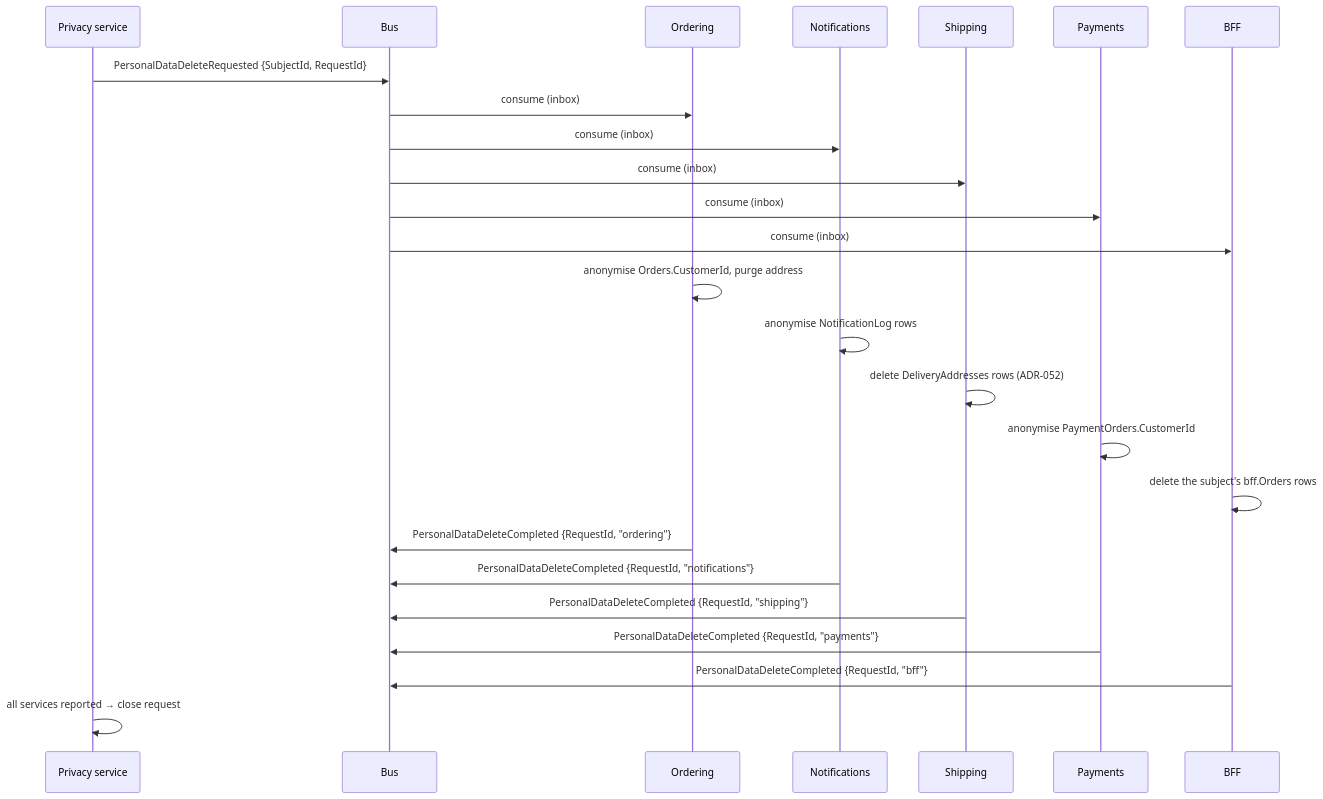
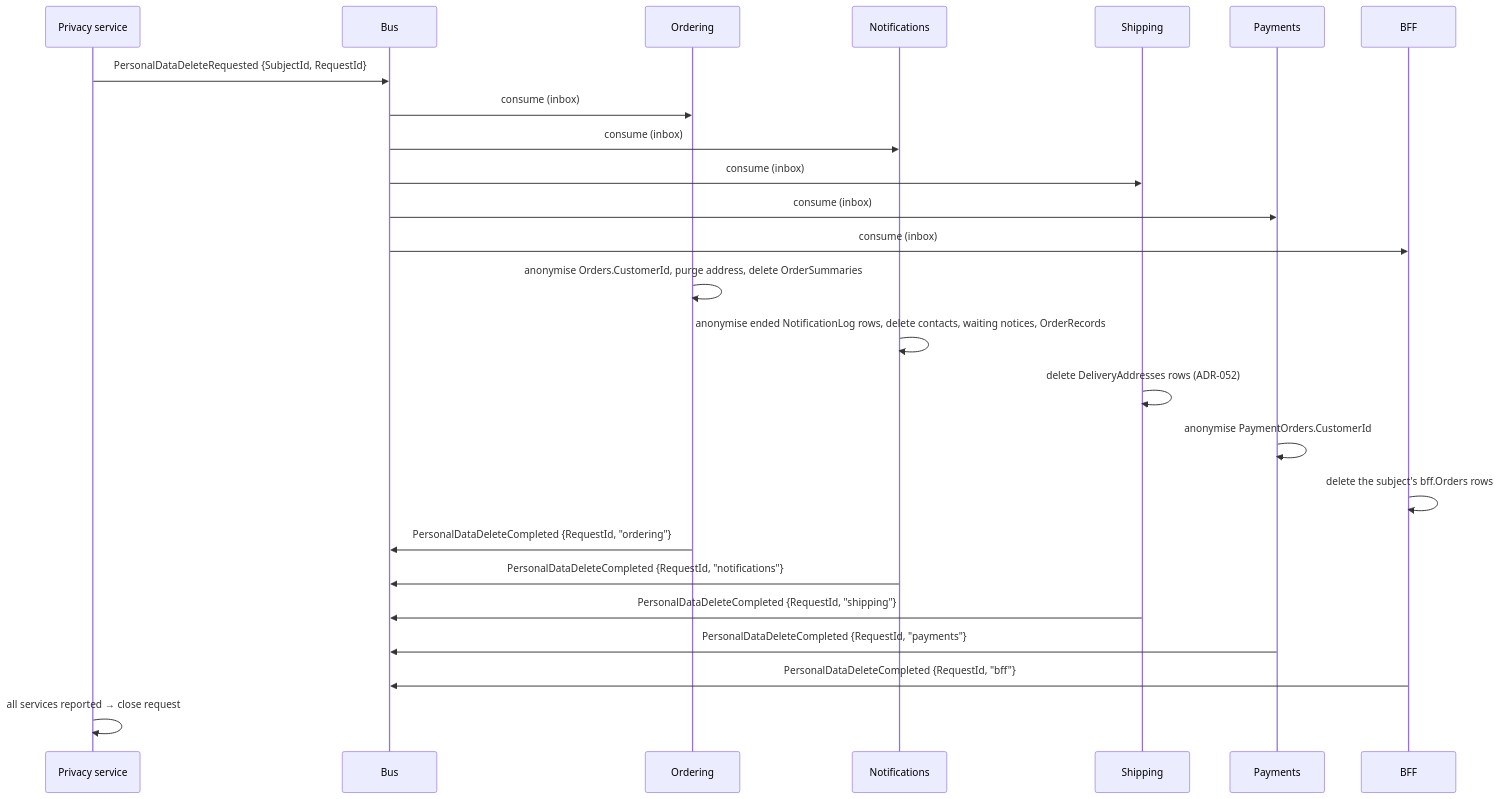
One commit to alexander-shamray/blueprint-backend changed the second of 2 diagrams in docs/backend-architecture/11-identity-authorization.md. Above: the diagram before and after it, drawn with Mermaid.

Commit message:
docs: §11.7's diagram shows the steps the data map decides (review R3)
Ordering also deletes the buyer's order summaries and Notifications also
deletes its contacts, waiting notices and order records, so the diagram and
the data map no longer disagree on what those steps do.

Claude-Session: https://claude.ai/code/session_01E95hGmD5dbjihKDU5o4Ytc

````diff
--- a/docs/backend-architecture/11-identity-authorization.md
+++ b/docs/backend-architecture/11-identity-authorization.md
@@ -1422,28 +1422,28 @@
 ```mermaid
 sequenceDiagram
     participant P as Privacy service
     participant B as Bus
     participant O as Ordering
     participant N as Notifications
     participant S as Shipping
     participant Y as Payments
     participant F as BFF
 
     P->>B: PersonalDataDeleteRequested {SubjectId, RequestId}
     B->>O: consume (inbox)
     B->>N: consume (inbox)
     B->>S: consume (inbox)
     B->>Y: consume (inbox)
     B->>F: consume (inbox)
-    O->>O: anonymise Orders.CustomerId, purge address
-    N->>N: anonymise NotificationLog rows
+    O->>O: anonymise Orders.CustomerId, purge address, delete OrderSummaries
+    N->>N: anonymise ended NotificationLog rows, delete contacts, waiting notices, OrderRecords
     S->>S: delete DeliveryAddresses rows (ADR-052)
     Y->>Y: anonymise PaymentOrders.CustomerId
     F->>F: delete the subject's bff.Orders rows
     O->>B: PersonalDataDeleteCompleted {RequestId, "ordering"}
     N->>B: PersonalDataDeleteCompleted {RequestId, "notifications"}
     S->>B: PersonalDataDeleteCompleted {RequestId, "shipping"}
     Y->>B: PersonalDataDeleteCompleted {RequestId, "payments"}
     F->>B: PersonalDataDeleteCompleted {RequestId, "bff"}
     P->>P: all services reported → close request
 ```
````
